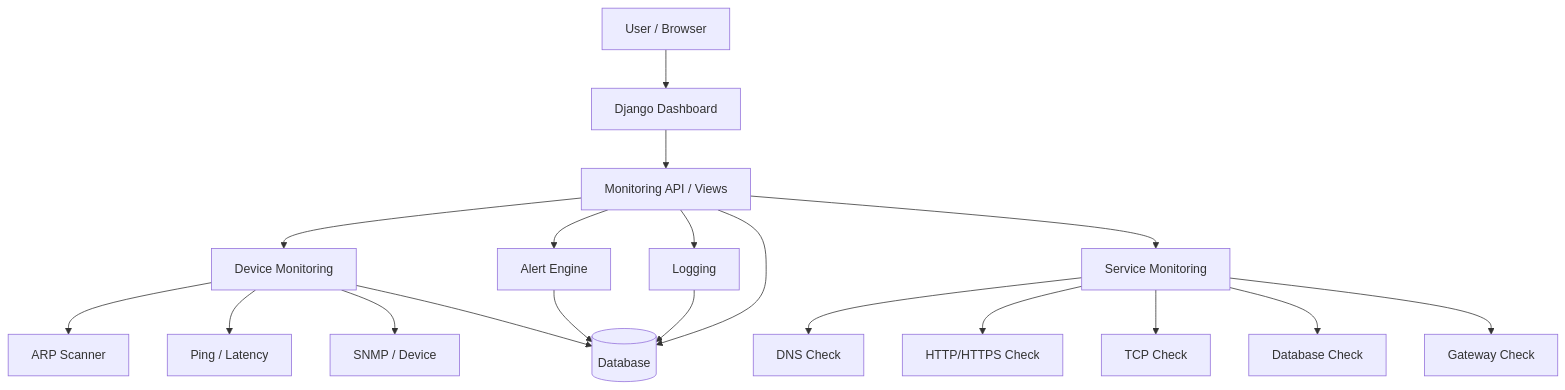
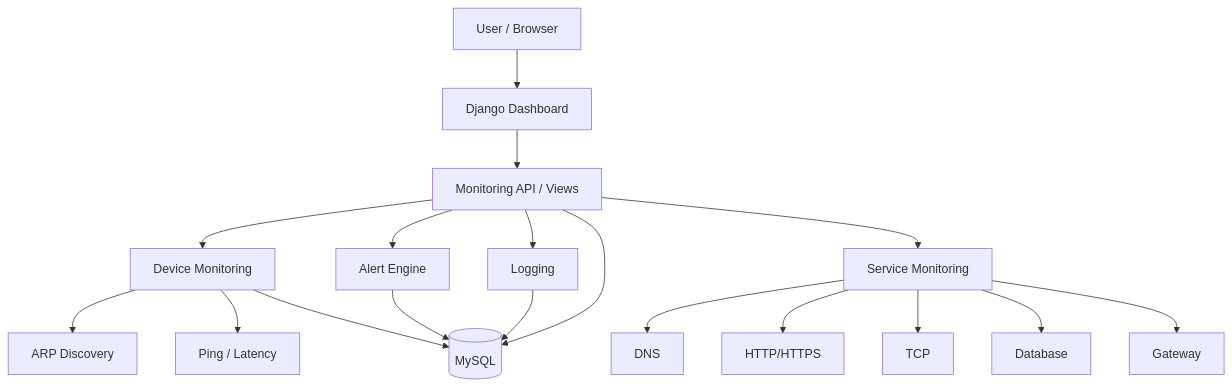
The first of 2 diagrams in README.md (husseiny8/Network_Monitoring), drawn with Mermaid before and after one commit. The commit also changed other lines of this file, not shown here.

````diff
--- a/README.md
+++ b/README.md
@@ -214,25 +151,24 @@
 ```mermaid
 flowchart TB
     U[User / Browser] --> D[Django Dashboard]
     D --> API[Monitoring API / Views]
 
     API --> DEV[Device Monitoring]
     API --> SVC[Service Monitoring]
     API --> ALT[Alert Engine]
     API --> LOG[Logging]
 
-    DEV --> ARP[ARP Scanner]
+    DEV --> DISC[ARP Discovery]
     DEV --> PING[Ping / Latency]
-    DEV --> SNMP[SNMP / Device]
 
-    SVC --> DNS[DNS Check]
-    SVC --> WEB[HTTP/HTTPS Check]
-    SVC --> TCP[TCP Check]
-    SVC --> DB[Database Check]
-    SVC --> GW[Gateway Check]
+    SVC --> DNS[DNS]
+    SVC --> WEB[HTTP/HTTPS]
+    SVC --> TCP[TCP]
+    SVC --> DB[Database]
+    SVC --> GW[Gateway]
 
-    DEV --> DBSTORE[(Database)]
-    ALT --> DBSTORE
-    LOG --> DBSTORE
-    API --> DBSTORE
+    DEV --> STORE[(MySQL)]
+    ALT --> STORE
+    LOG --> STORE
+    API --> STORE
 ```
````
